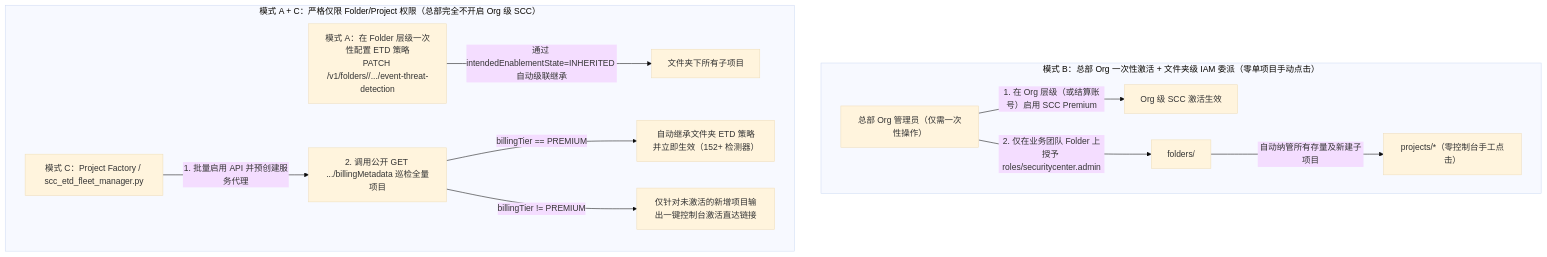
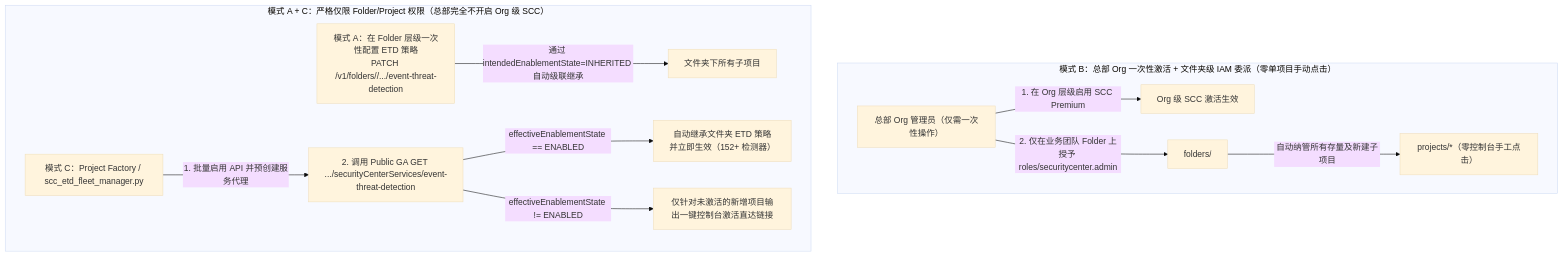
The diagram in docs/SCC_ETD_OPEN_QUESTIONS_CHN.md (kuperliu-alt/scc-multicloud-sec), drawn with Mermaid (base theme) before and after one commit. The commit also changed other lines of this file and 13 other files, not shown here.

Commit message:
refactor(scc-etd): enforce 100% public GA API usage and remove internal references for external users

````diff
--- a/docs/SCC_ETD_OPEN_QUESTIONS_CHN.md
+++ b/docs/SCC_ETD_OPEN_QUESTIONS_CHN.md
@@ -127,15 +105,15 @@
 ```mermaid
 flowchart TD
     subgraph CentralOrg["模式 B：总部 Org 一次性激活 + 文件夹级 IAM 委派（零单项目手动点击）"]
-        OrgAdmin["总部 Org 管理员（仅需一次性操作）"] -->|"1. 在 Org 层级（或结算账号）启用 SCC Premium"| OrgSCC["Org 级 SCC 激活生效"]
+        OrgAdmin["总部 Org 管理员（仅需一次性操作）"] -->|"1. 在 Org 层级启用 SCC Premium"| OrgSCC["Org 级 SCC 激活生效"]
         OrgAdmin -->|"2. 仅在业务团队 Folder 上授予 roles/securitycenter.admin"| TeamFolder["folders/<FOLDER_ID>"]
         TeamFolder -->|"自动纳管所有存量及新建子项目"| ChildProjsB["projects/*（零控制台手工点击）"]
     end
 
     subgraph StrictlyNoOrg["模式 A + C：严格仅限 Folder/Project 权限（总部完全不开启 Org 级 SCC）"]
         FolderPolicy["模式 A：在 Folder 层级一次性配置 ETD 策略\nPATCH /v1/folders/<FOLDER_ID>/.../event-threat-detection"] -->|"通过 intendedEnablementState=INHERITED 自动级联继承"| ChildProjsA["文件夹下所有子项目"]
-        Factory["模式 C：Project Factory / scc_etd_fleet_manager.py"] -->|"1. 批量启用 API 并预创建服务代理"| AuditAPI["2. 调用公开 GET .../billingMetadata 巡检全量项目"]
-        AuditAPI -->|"billingTier == PREMIUM"| Ready["自动继承文件夹 ETD 策略并立即生效（152+ 检测器）"]
-        AuditAPI -->|"billingTier != PREMIUM"| DeepLink["仅针对未激活的新增项目输出一键控制台激活直达链接"]
+        Factory["模式 C：Project Factory / scc_etd_fleet_manager.py"] -->|"1. 批量启用 API 并预创建服务代理"| AuditAPI["2. 调用 Public GA GET .../securityCenterServices/event-threat-detection"]
+        AuditAPI -->|"effectiveEnablementState == ENABLED"| Ready["自动继承文件夹 ETD 策略并立即生效（152+ 检测器）"]
+        AuditAPI -->|"effectiveEnablementState != ENABLED"| DeepLink["仅针对未激活的新增项目输出一键控制台激活直达链接"]
     end
 ```
````
